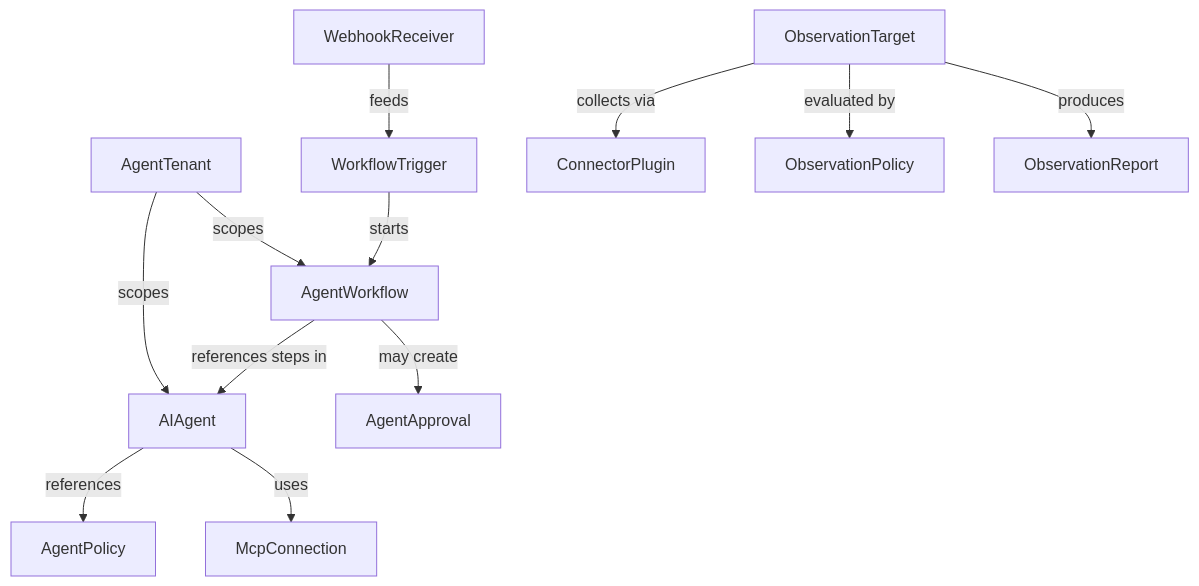
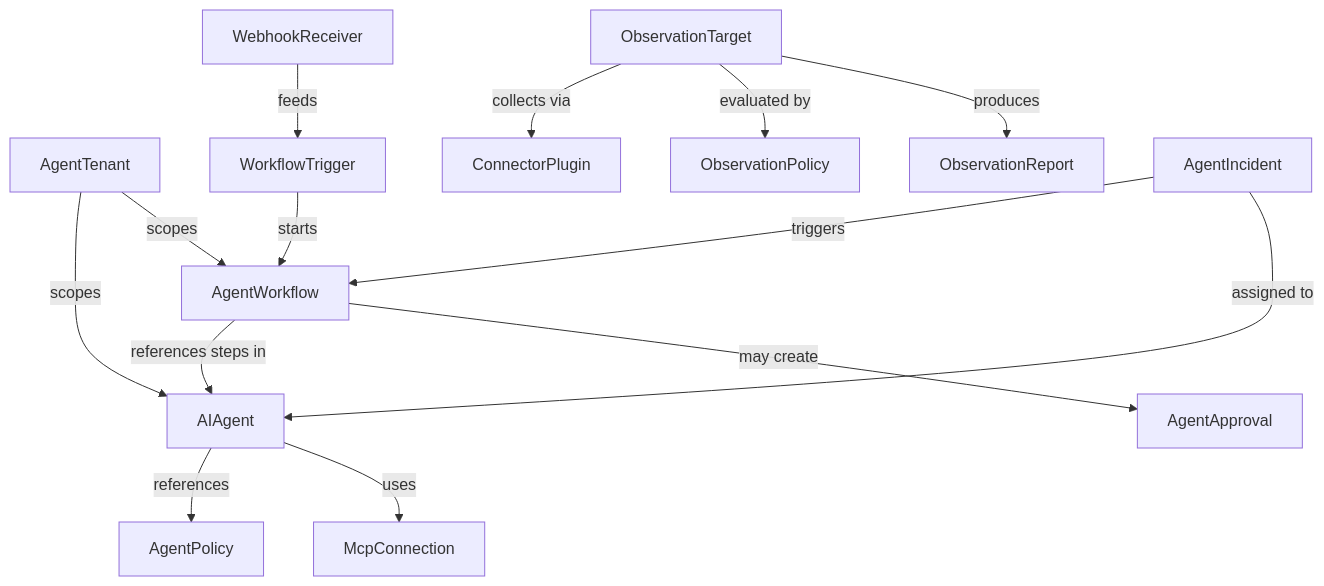
The sixth of 6 diagrams in docs/architecture.md (ykbytes/kubesynapse.ai), drawn with Mermaid before and after one commit. The commit also changed other lines of this file and 19 other files, not shown here.

````diff
--- a/docs/architecture.md
+++ b/docs/architecture.md
@@ -324,27 +355,30 @@
 ```mermaid
 flowchart TB
     AG[AIAgent]
     AP[AgentPolicy]
     AA[AgentApproval]
     AW[AgentWorkflow]
     AT[AgentTenant]
     MC[McpConnection]
     WR[WebhookReceiver]
     WT[WorkflowTrigger]
     CP[ConnectorPlugin]
     OT[ObservationTarget]
     OP[ObservationPolicy]
     OR[ObservationReport]
+    AI[AgentIncident]
 
     AG -->|references| AP
     AG -->|uses| MC
     AW -->|references steps in| AG
     AW -->|may create| AA
     WT -->|starts| AW
     WR -->|feeds| WT
     AT -->|scopes| AG
     AT -->|scopes| AW
     OT -->|collects via| CP
     OT -->|evaluated by| OP
     OT -->|produces| OR
+    AI -->|triggers| AW
+    AI -->|assigned to| AG
 ```
````
